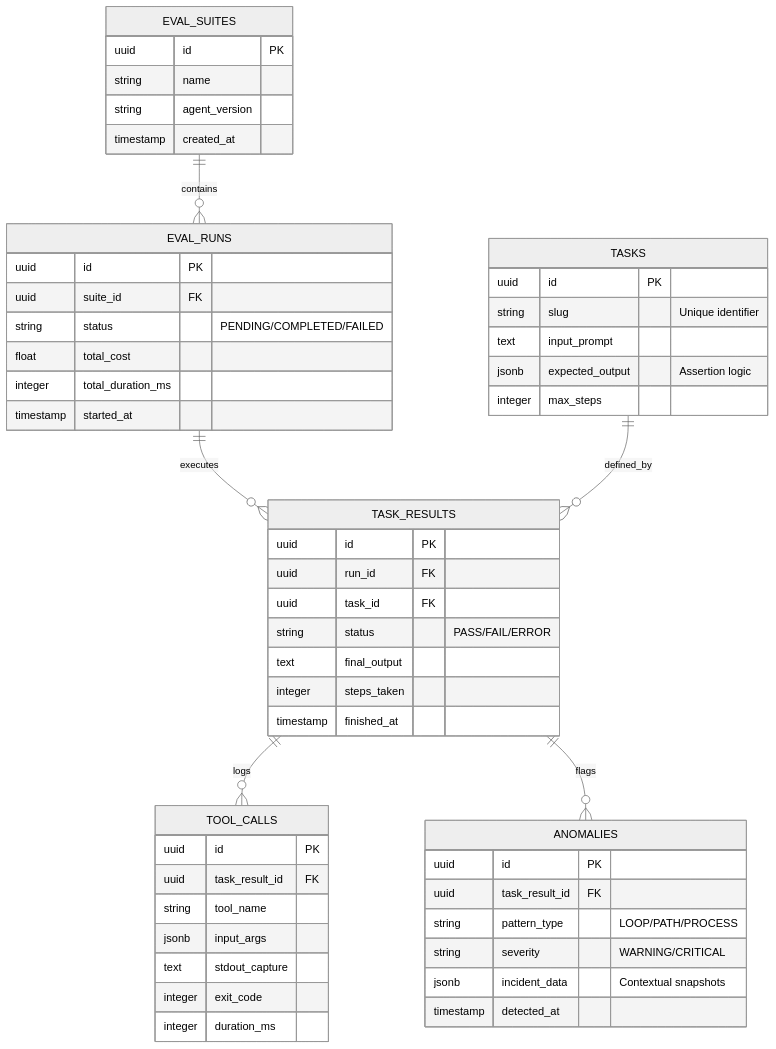
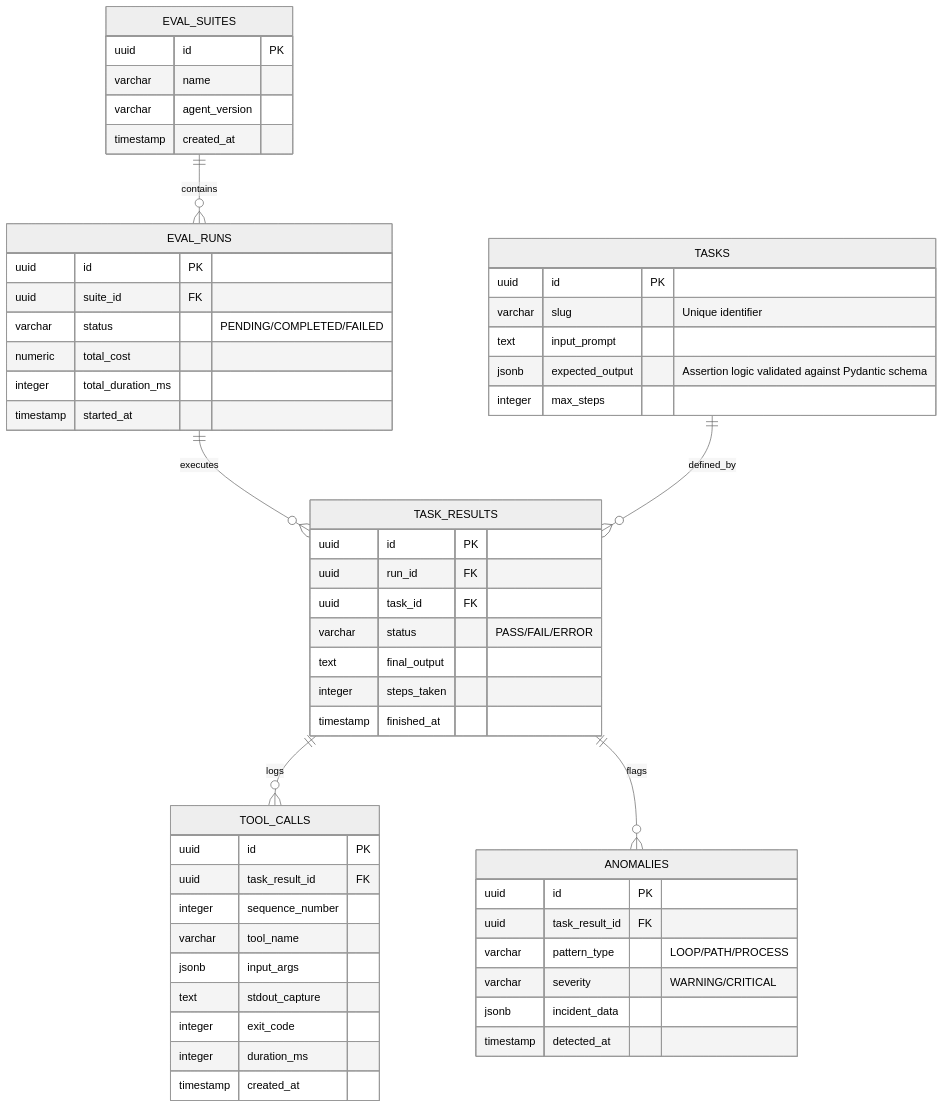
The diagram in Docs/DB Schema.md (vaibhv19/Vigil), drawn with Mermaid (neutral theme) before and after one commit. The commit also changed other lines of this file and 6 other files, not shown here.

````diff
--- a/Docs/DB Schema.md
+++ b/Docs/DB Schema.md
@@ -9,61 +9,63 @@
 ```mermaid
 erDiagram
     EVAL_SUITES ||--o{ EVAL_RUNS : "contains"
     EVAL_RUNS ||--o{ TASK_RESULTS : "executes"
     TASKS ||--o{ TASK_RESULTS : "defined_by"
     TASK_RESULTS ||--o{ TOOL_CALLS : "logs"
     TASK_RESULTS ||--o{ ANOMALIES : "flags"
 
     EVAL_SUITES {
         uuid id PK
-        string name
-        string agent_version
+        varchar name
+        varchar agent_version
         timestamp created_at
     }
 
     TASKS {
         uuid id PK
-        string slug "Unique identifier"
+        varchar slug "Unique identifier"
         text input_prompt
-        jsonb expected_output "Assertion logic"
+        jsonb expected_output "Assertion logic validated against Pydantic schema"
         integer max_steps
     }
 
     EVAL_RUNS {
         uuid id PK
         uuid suite_id FK
-        string status "PENDING/COMPLETED/FAILED"
-        float total_cost
+        varchar status "PENDING/COMPLETED/FAILED"
+        numeric total_cost
         integer total_duration_ms
         timestamp started_at
     }
 
     TASK_RESULTS {
         uuid id PK
         uuid run_id FK
         uuid task_id FK
-        string status "PASS/FAIL/ERROR"
+        varchar status "PASS/FAIL/ERROR"
         text final_output
         integer steps_taken
         timestamp finished_at
     }
 
     TOOL_CALLS {
         uuid id PK
         uuid task_result_id FK
-        string tool_name
+        integer sequence_number
+        varchar tool_name
         jsonb input_args
         text stdout_capture
         integer exit_code
         integer duration_ms
+        timestamp created_at
     }
 
     ANOMALIES {
         uuid id PK
         uuid task_result_id FK
-        string pattern_type "LOOP/PATH/PROCESS"
-        string severity "WARNING/CRITICAL"
-        jsonb incident_data "Contextual snapshots"
+        varchar pattern_type "LOOP/PATH/PROCESS"
+        varchar severity "WARNING/CRITICAL"
+        jsonb incident_data
         timestamp detected_at
     }
 ```
````
